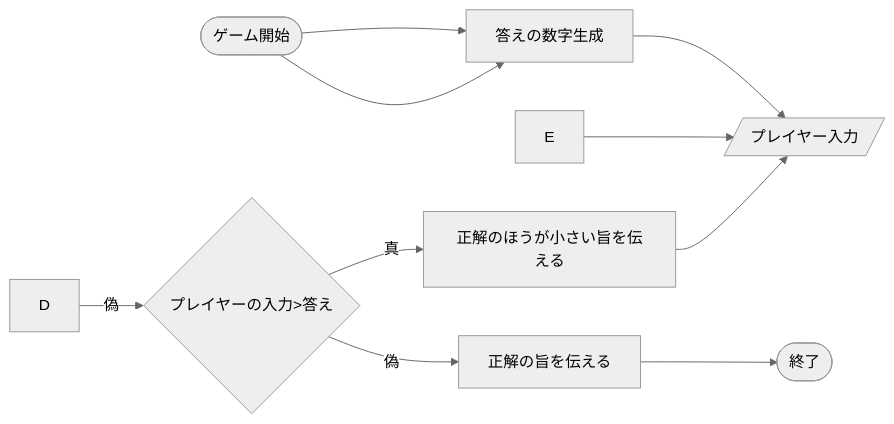
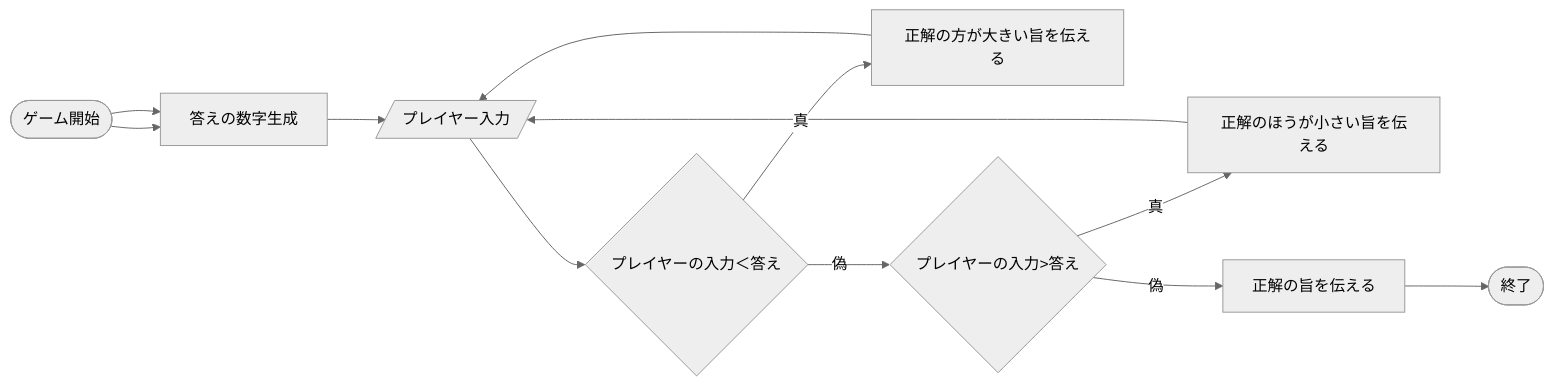
The diagram in README.md (tpu-game-2022/mermaid_test), drawn with Mermaid (neutral theme) before and after one commit. The commit also changed other lines of this file, not shown here.

Commit message:
流れ図更新

````diff
--- a/README.md
+++ b/README.md
@@ -20,12 +21,14 @@
 ```mermaid
 flowchart LR;
   A([ゲーム開始]) --> B[答えの数字生成]
   B --> C[/プレイヤー入力/]
+  C --> D{プレイヤーの入力＜答え}
+  D -- 真 --> E[正解の方が大きい旨を伝える]
   E --> C
   D -- 偽 --> F{プレイヤーの入力>答え} 
   F -- 真 --> G[正解のほうが小さい旨を伝える]
   G --> C
   F -- 偽 --> H[正解の旨を伝える]
   H -->I([終了])
   A --> B
 ```
````
